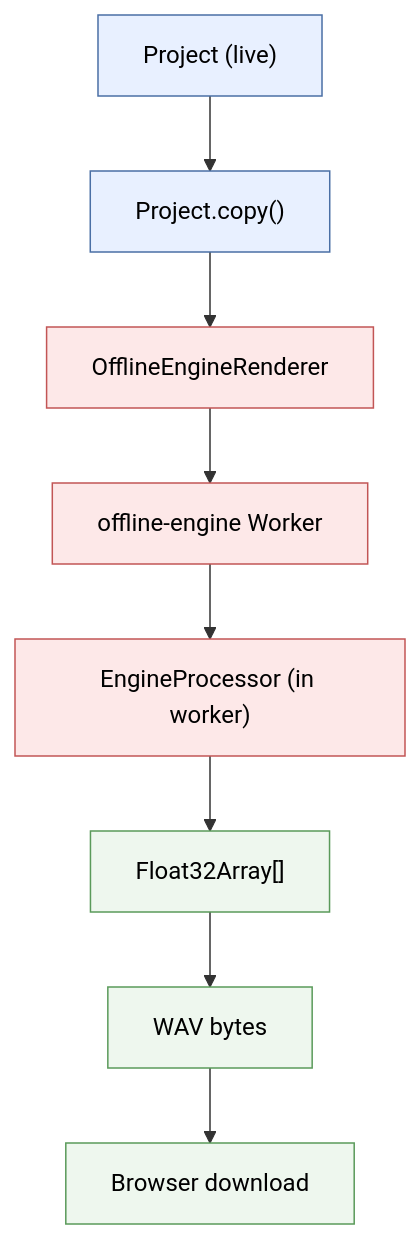
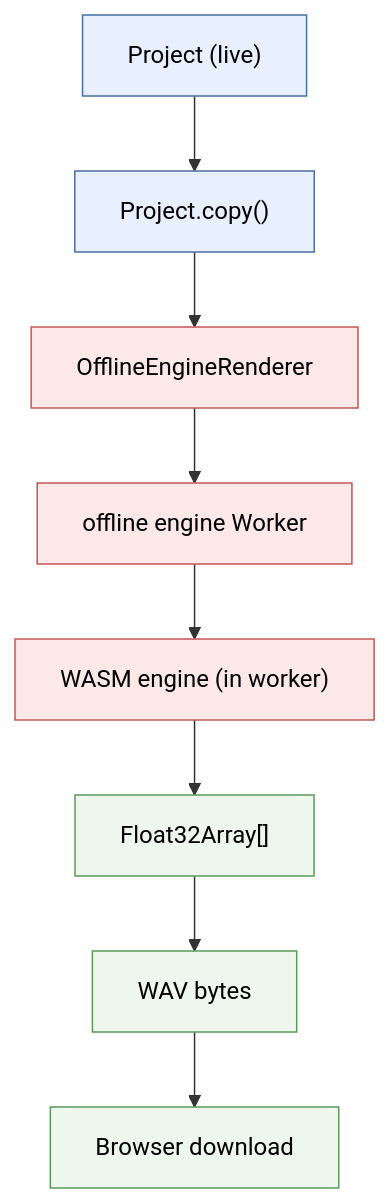
The diagram in documentation/10-export.md (naomiaro/opendaw-test), drawn with Mermaid before and after one commit. The commit also changed other lines of this file and 51 other files, not shown here.

````diff
--- a/documentation/10-export.md
+++ b/documentation/10-export.md
@@ -56,26 +55,26 @@
 ```mermaid
 flowchart TD
     P["Project (live)"]
     Copy["Project.copy()"]
     OER["OfflineEngineRenderer"]
-    Worker["offline-engine Worker"]
-    EP["EngineProcessor (in worker)"]
+    Worker["offline engine Worker"]
+    EP["WASM engine (in worker)"]
     Frames["Float32Array[]"]
     WAV["WAV bytes"]
     File["Browser download"]
 
     P --> Copy
     Copy --> OER
     OER --> Worker
     Worker --> EP
     EP --> Frames
     Frames --> WAV
     WAV --> File
 
     classDef src fill:#e8f0ff,stroke:#4a6fa5,color:#000
     classDef wrk fill:#fde8e8,stroke:#c25555,color:#000
     classDef out fill:#eef7ee,stroke:#5a9a5a,color:#000
     class P,Copy src
     class OER,Worker,EP wrk
     class Frames,WAV,File out
 ```
````
